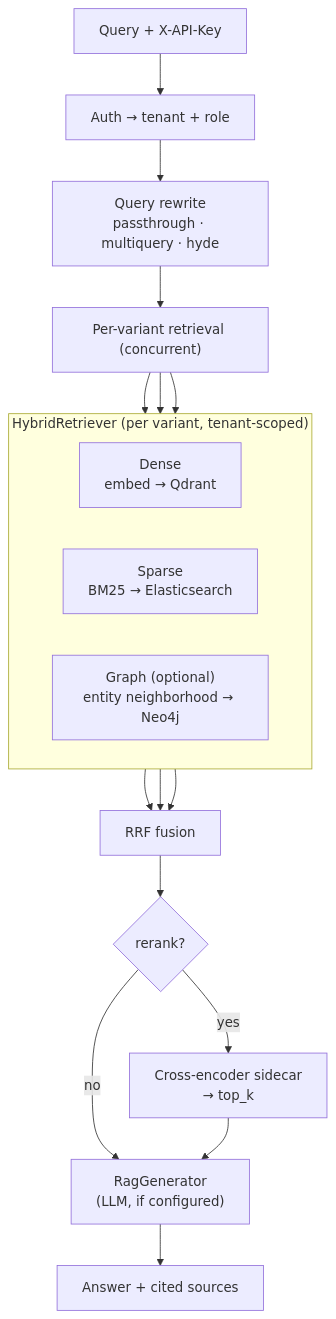
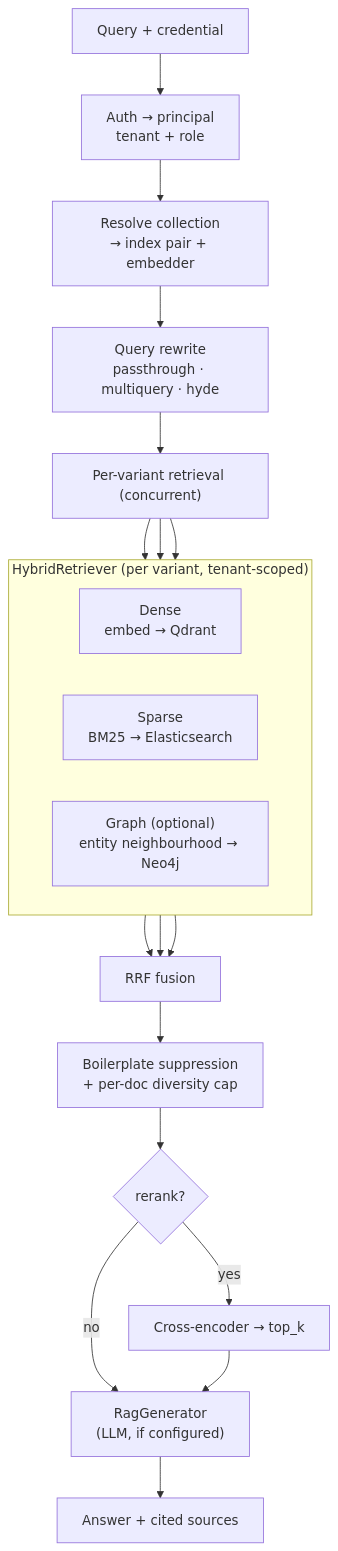
Before and after one commit to wilke/ragstack: the third of 3 diagrams in docs/ARCHITECTURE.md, drawn with Mermaid. The commit also changed other lines of this file and 13 other files, not shown here.

````diff
--- a/docs/ARCHITECTURE.md
+++ b/docs/ARCHITECTURE.md
@@ -191,21 +291,23 @@
 ```mermaid
 flowchart TB
-    Q["Query + X-API-Key"] --> AUTH["Auth → tenant + role"]
-    AUTH --> RW["Query rewrite<br/>passthrough · multiquery · hyde"]
+    Q["Query + credential"] --> AUTH["Auth → principal<br/>tenant + role"]
+    AUTH --> COL["Resolve collection<br/>→ index pair + embedder"]
+    COL --> RW["Query rewrite<br/>passthrough · multiquery · hyde"]
     RW --> FAN["Per-variant retrieval (concurrent)"]
 
     subgraph hybrid["HybridRetriever (per variant, tenant-scoped)"]
         direction LR
         DENSE["Dense<br/>embed → Qdrant"]
         SPARSE["Sparse<br/>BM25 → Elasticsearch"]
-        GRAPH["Graph (optional)<br/>entity neighborhood → Neo4j"]
+        GRAPH["Graph (optional)<br/>entity neighbourhood → Neo4j"]
     end
 
     FAN --> DENSE & SPARSE & GRAPH
     DENSE & SPARSE & GRAPH --> RRF["RRF fusion"]
-    RRF --> RR{"rerank?"}
-    RR -->|yes| CE["Cross-encoder sidecar<br/>→ top_k"]
+    RRF --> FILT["Boilerplate suppression<br/>+ per-doc diversity cap"]
+    FILT --> RR{"rerank?"}
+    RR -->|yes| CE["Cross-encoder → top_k"]
     RR -->|no| GEN
     CE --> GEN["RagGenerator<br/>(LLM, if configured)"]
     GEN --> RESP["Answer + cited sources"]
 ```
````
